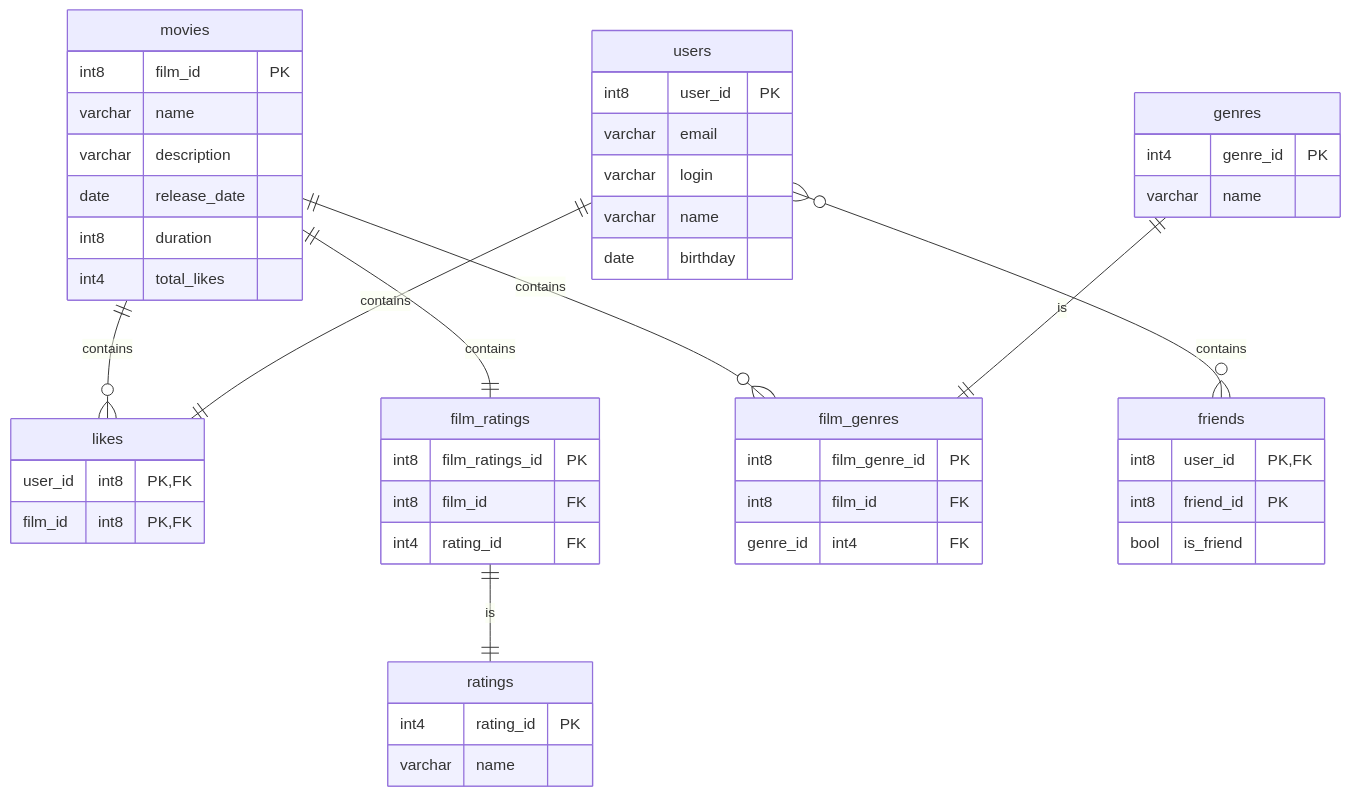
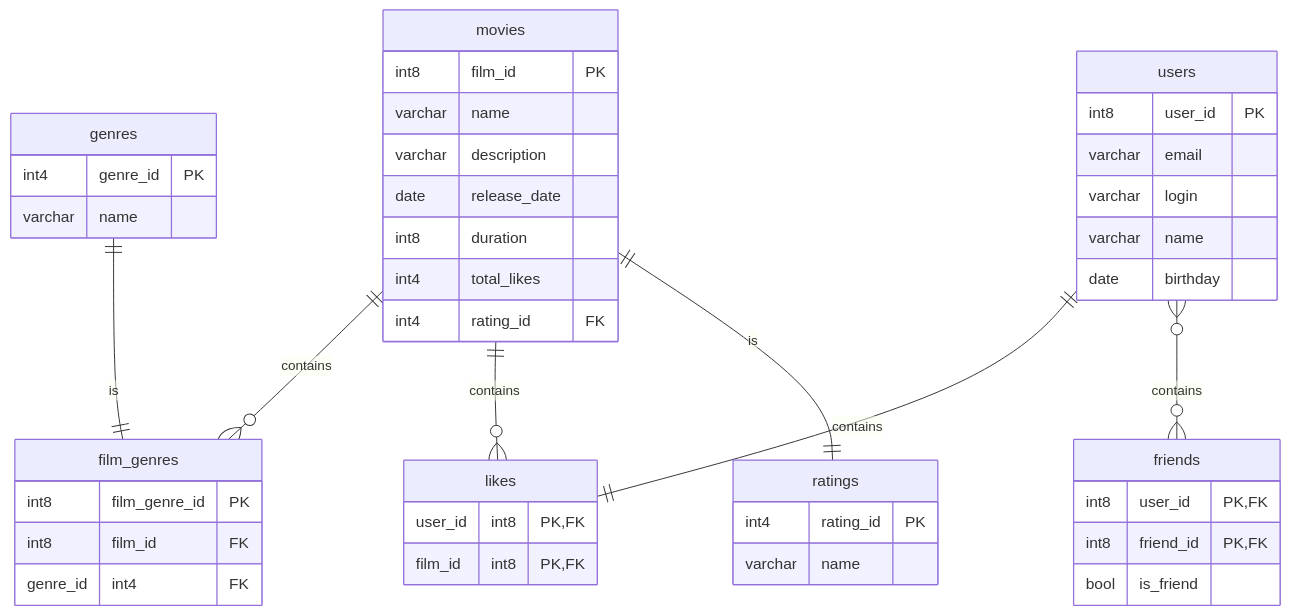
Before and after one commit to MikeKotal/java-filmorate: the diagram in README.md, drawn with Mermaid. The commit also changed 11 other files, not shown here.

Commit message:
Небольшие правки схемы бд, dao и dto, улучшение валидации полей

````diff
--- a/README.md
+++ b/README.md
@@ -9,60 +9,54 @@
 ```mermaid
 erDiagram
     movies {
         int8 film_id PK
         varchar name
         varchar description
         date release_date
         int8 duration
         int4 total_likes
+        int4 rating_id FK
     }
     
     likes {
         user_id int8 PK,FK
         film_id int8 PK,FK
     }
     
     ratings {
         int4 rating_id PK
         varchar name
-    }
-
-    film_ratings {
-        int8 film_ratings_id PK
-        int8 film_id FK
-        int4 rating_id FK
     }
 
     film_genres {
         int8 film_genre_id PK
         int8 film_id FK
         genre_id int4 FK
     }
     
     genres {
         int4 genre_id PK
         varchar name
     }
     users {
         int8 user_id PK
         varchar email
         varchar login
         varchar name
         date birthday
     }
     
     friends {
         int8 user_id PK,FK
-        int8 friend_id PK
+        int8 friend_id PK,FK
         bool is_friend
     }
     
     genres||--||film_genres : is
     movies ||--o{ film_genres : contains
     users ||--|| likes : contains
     movies ||--o{ likes : contains
-    movies ||--|| film_ratings : contains
-    film_ratings ||--|| ratings : is
+    movies ||--|| ratings : is
     users }o--o{ friends : contains
     
 ```
````
